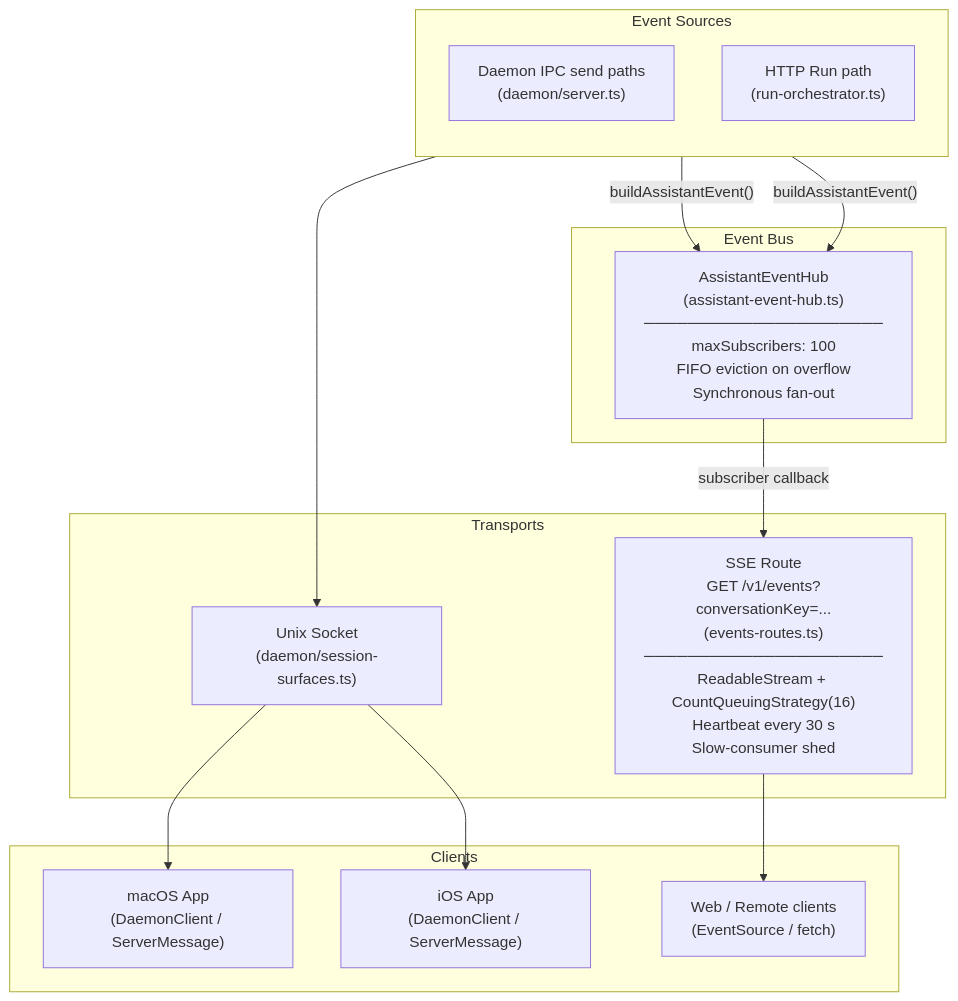
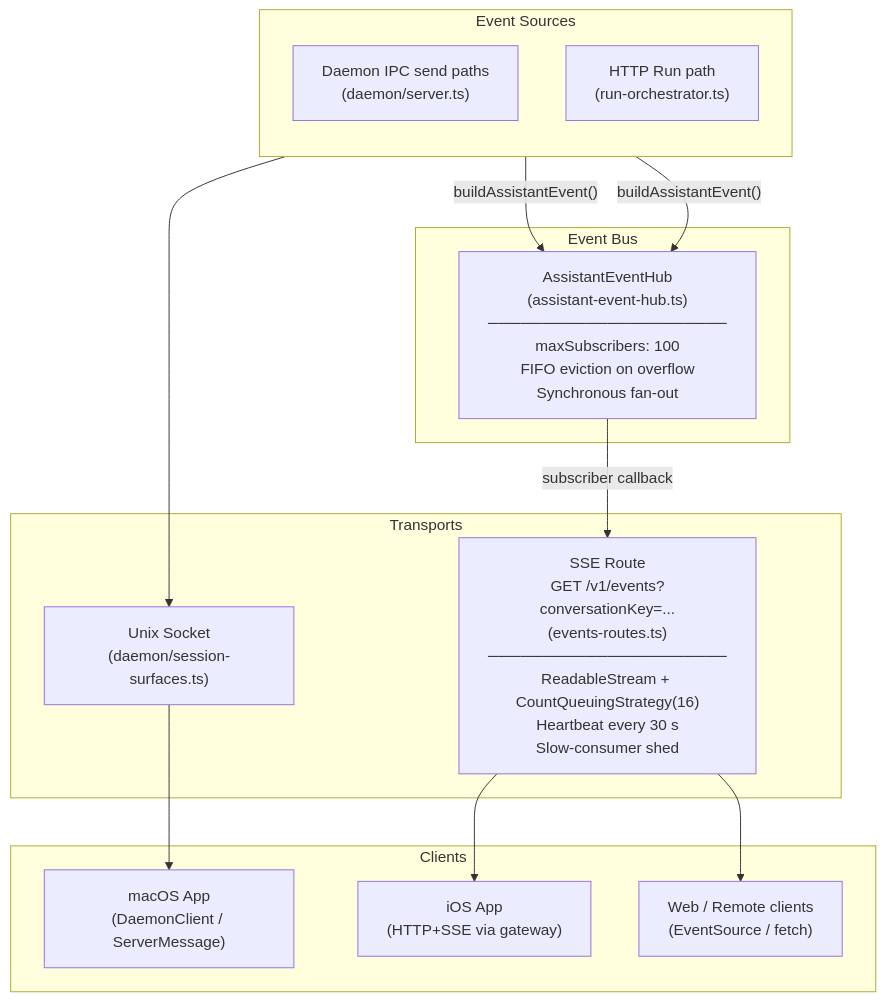
Before and after one commit to vchaitanyachowdari/vellum-assistant: diagram 51 of 51 in ARCHITECTURE.md, drawn with Mermaid. The commit also changed other lines of this file and 3 other files, not shown here.

````diff
--- a/ARCHITECTURE.md
+++ b/ARCHITECTURE.md
@@ -4116,33 +4165,33 @@
 ```mermaid
 graph TB
     subgraph "Event Sources"
         direction TB
         IPC_DAEMON["Daemon IPC send paths<br/>(daemon/server.ts)"]
         HTTP_RUN["HTTP Run path<br/>(run-orchestrator.ts)"]
     end
 
     subgraph "Event Bus"
         HUB["AssistantEventHub<br/>(assistant-event-hub.ts)<br/>──────────────────────<br/>maxSubscribers: 100<br/>FIFO eviction on overflow<br/>Synchronous fan-out"]
     end
 
     subgraph "Transports"
         SSE_ROUTE["SSE Route<br/>GET /v1/events?conversationKey=...<br/>(events-routes.ts)<br/>──────────────────────<br/>ReadableStream + CountQueuingStrategy(16)<br/>Heartbeat every 30 s<br/>Slow-consumer shed"]
         SOCK["Unix Socket<br/>(daemon/session-surfaces.ts)"]
     end
 
     subgraph "Clients"
         MACOS["macOS App<br/>(DaemonClient / ServerMessage)"]
-        IOS["iOS App<br/>(DaemonClient / ServerMessage)"]
+        IOS["iOS App<br/>(HTTP+SSE via gateway)"]
         WEB["Web / Remote clients<br/>(EventSource / fetch)"]
     end
 
     IPC_DAEMON -->|"buildAssistantEvent()"| HUB
     HTTP_RUN -->|"buildAssistantEvent()"| HUB
     IPC_DAEMON --> SOCK
 
     HUB -->|"subscriber callback"| SSE_ROUTE
 
     SOCK --> MACOS
-    SOCK --> IOS
+    SSE_ROUTE --> IOS
     SSE_ROUTE --> WEB
 ```
````
